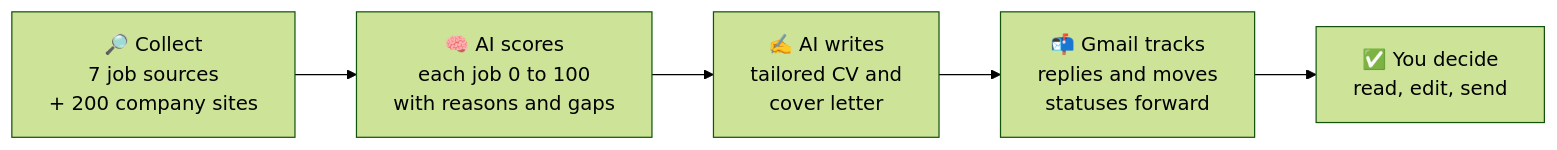
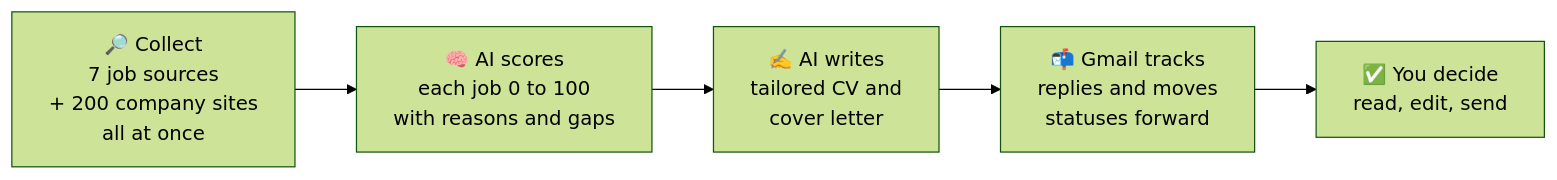
Before and after one commit to srvskr1/stellenpilot: the diagram in README.md, drawn with Mermaid (forest theme). The commit also changed other lines of this file, not shown here.

Commit message:
README: sources are now searched at the same time

````diff
--- a/README.md
+++ b/README.md
@@ -51,7 +53,7 @@
 ```mermaid
 flowchart LR
-    A["🔎 Collect<br/>7 job sources<br/>+ 200 company sites"] --> B["🧠 AI scores<br/>each job 0 to 100<br/>with reasons and gaps"]
+    A["🔎 Collect<br/>7 job sources<br/>+ 200 company sites<br/>all at once"] --> B["🧠 AI scores<br/>each job 0 to 100<br/>with reasons and gaps"]
     B --> C["✍️ AI writes<br/>tailored CV and<br/>cover letter"]
     C --> D["📬 Gmail tracks<br/>replies and moves<br/>statuses forward"]
     D --> E["✅ You decide<br/>read, edit, send"]
 ```
````
